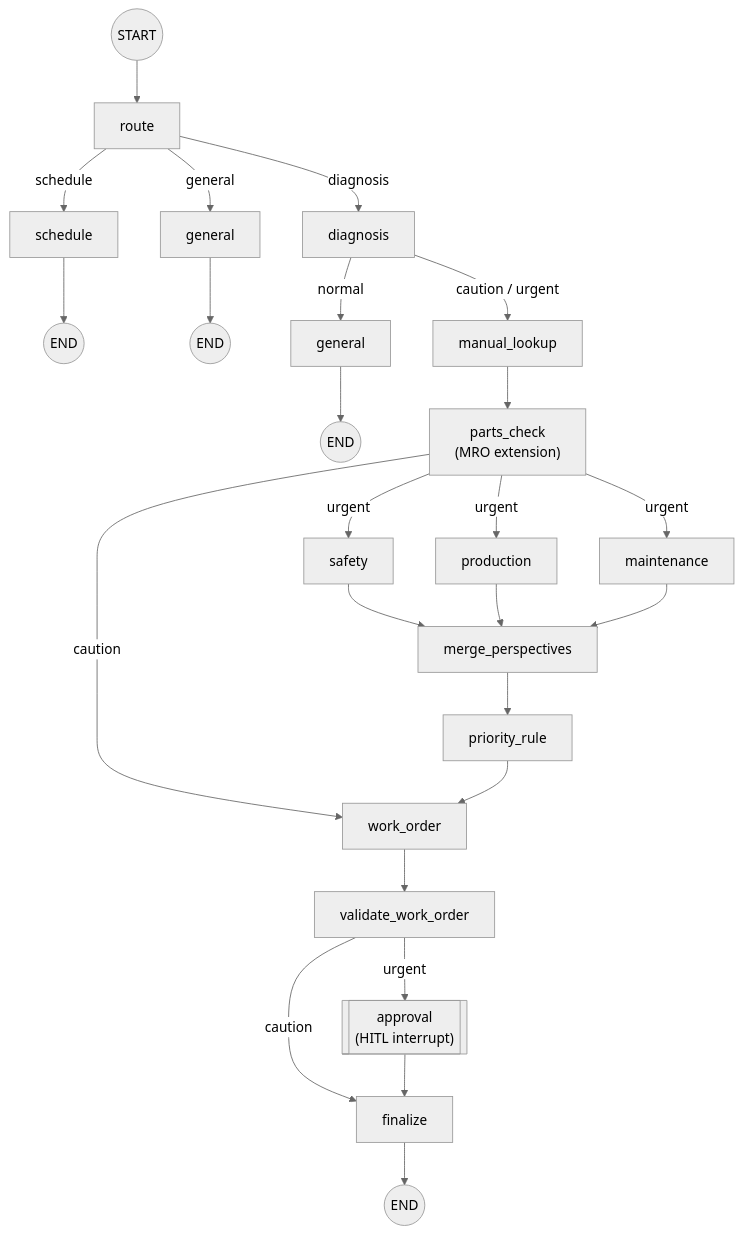
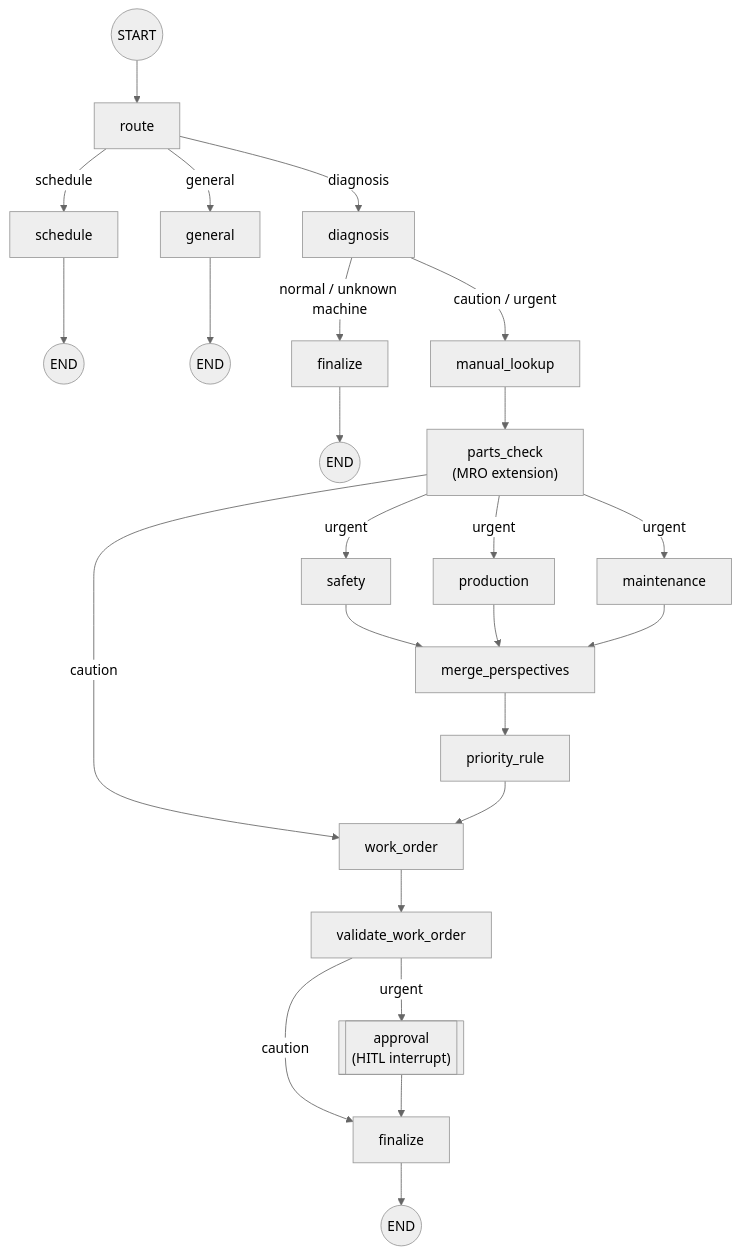
The second of 3 diagrams in docs/PORTFOLIO.md (surplus96/uptime-copilot), drawn with Mermaid (neutral theme) before and after one commit. The commit also changed other lines of this file and 6 other files, not shown here.

````diff
--- a/docs/PORTFOLIO.md
+++ b/docs/PORTFOLIO.md
@@ -93,24 +98,24 @@
 ```mermaid
 flowchart TD
     START(("START")) --> route["route"]
     route -- "diagnosis" --> diagnosis["diagnosis"]
     route -- "schedule" --> schedule["schedule"] --> ENDs(("END"))
     route -- "general" --> general["general"] --> ENDg(("END"))
-    diagnosis -- "normal" --> general2["general"] --> ENDg2(("END"))
+    diagnosis -- "normal / unknown machine" --> finalize0["finalize"] --> ENDg2(("END"))
     diagnosis -- "caution / urgent" --> manual["manual_lookup"]
     manual --> parts["parts_check<br/>(MRO extension)"]
     parts -- "caution" --> wo["work_order"]
     parts -- "urgent" --> safety["safety"]
     parts -- "urgent" --> production["production"]
     parts -- "urgent" --> maintenance["maintenance"]
     safety --> merge["merge_perspectives"]
     production --> merge
     maintenance --> merge
     merge --> priority["priority_rule"]
     priority --> wo
     wo --> validate["validate_work_order"]
     validate -- "urgent" --> approval[["approval\n(HITL interrupt)"]]
     validate -- "caution" --> finalize["finalize"]
     approval --> finalize
     finalize --> ENDf(("END"))
 ```
````
